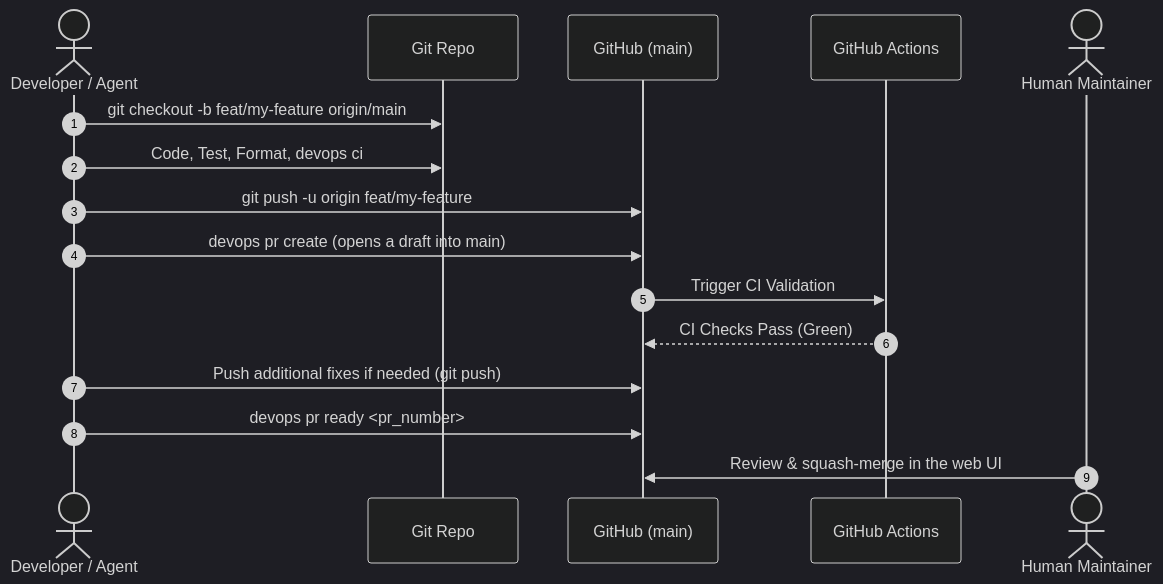
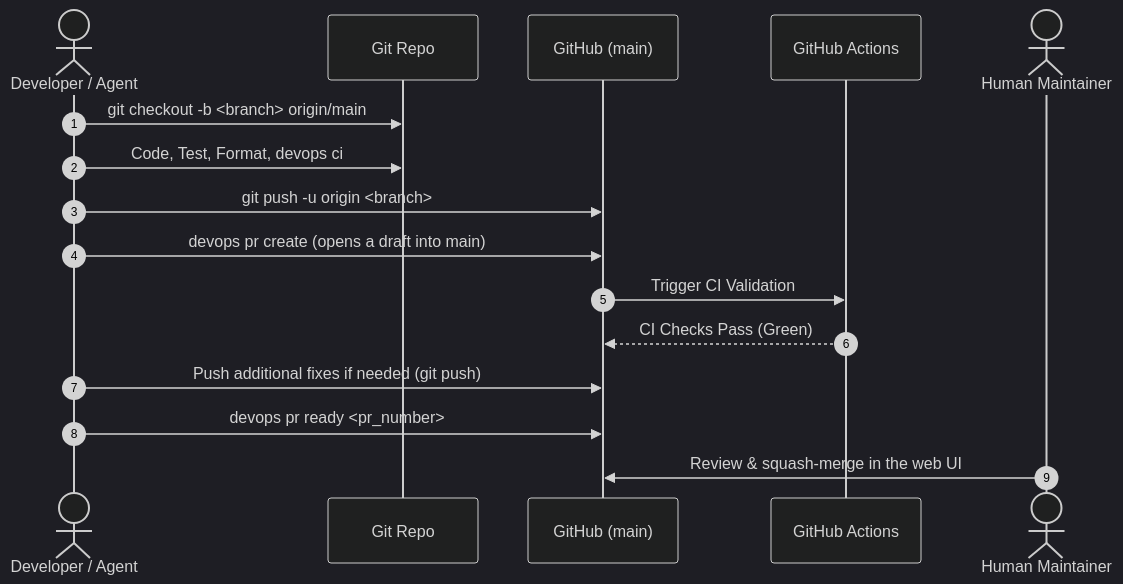
The second of 2 diagrams in docs/ROUTINE_TASKS.md (dan-petty/devops-cli), drawn with Mermaid (dark theme) before and after one commit. The commit also changed other lines of this file and 10 other files, not shown here.

````diff
--- a/docs/ROUTINE_TASKS.md
+++ b/docs/ROUTINE_TASKS.md
@@ -153,19 +153,19 @@
 ```mermaid
 sequenceDiagram
     autonumber
     actor Dev as Developer / Agent
     participant Git as Git Repo
     participant Hub as GitHub (main)
     participant CI as GitHub Actions
     actor Maintainer as Human Maintainer
 
-    Dev->>Git: git checkout -b feat/my-feature origin/main
+    Dev->>Git: git checkout -b <branch> origin/main
     Dev->>Git: Code, Test, Format, devops ci
-    Dev->>Hub: git push -u origin feat/my-feature
+    Dev->>Hub: git push -u origin <branch>
     Dev->>Hub: devops pr create (opens a draft into main)
     Hub->>CI: Trigger CI Validation
     CI-->>Hub: CI Checks Pass (Green)
     Dev->>Hub: Push additional fixes if needed (git push)
     Dev->>Hub: devops pr ready <pr_number>
     Maintainer->>Hub: Review & squash-merge in the web UI
 ```
````
